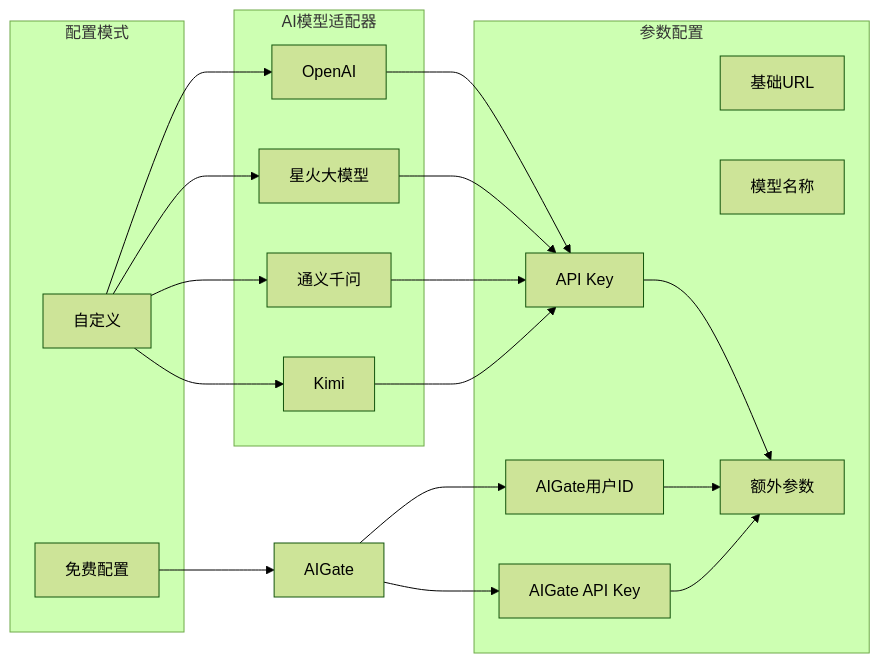
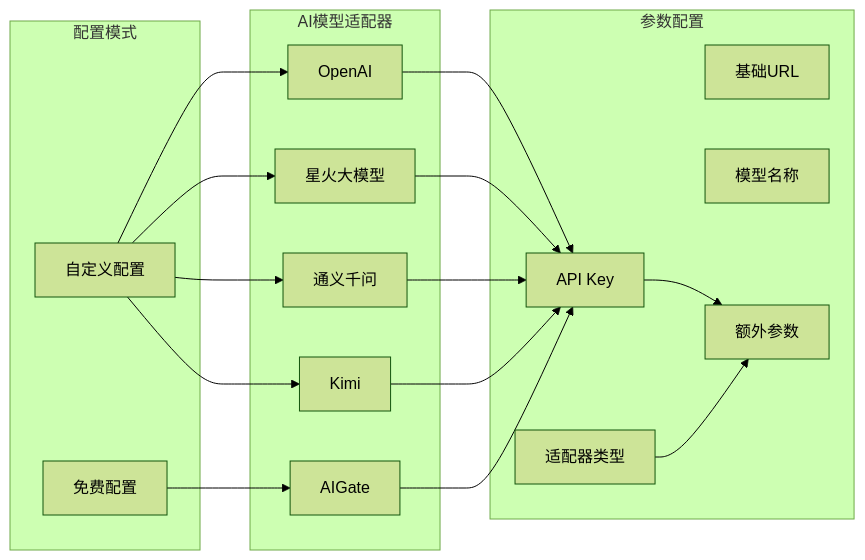
One commit to RadiumAg/bilibili-favorites changed diagram 11 of 13 in .qoder/repowiki/zh/content/核心功能模块/AI关键词提取系统.md. Above: the diagram before and after it, drawn with Mermaid (forest theme). The commit also changed other lines of this file and 21 other files, not shown here.

````diff
--- a/.qoder/repowiki/zh/content/核心功能模块/AI关键词提取系统.md
+++ b/.qoder/repowiki/zh/content/核心功能模块/AI关键词提取系统.md
@@ -373,36 +506,33 @@
 ```mermaid
 graph LR
 subgraph "配置模式"
 Custom[自定义配置]
 Free[免费配置]
 end
 subgraph "AI模型适配器"
 OpenAI[OpenAI]
 Spark[星火大模型]
 Qwen[通义千问]
 Kimi[Kimi]
-Custom[自定义]
+AIGate[AIGate]
 end
 subgraph "参数配置"
 APIKey[API Key]
 BaseURL[基础URL]
 Model[模型名称]
 ExtraParams[额外参数]
-AIGateUserId[AIGate用户ID]
-AIGateApiKey[AIGate API Key]
+Adapter[适配器类型]
 end
 Custom --> OpenAI
 Custom --> Spark
 Custom --> Qwen
 Custom --> Kimi
 Free --> AIGate
 OpenAI --> APIKey
 Spark --> APIKey
 Qwen --> APIKey
 Kimi --> APIKey
-AIGate --> AIGateUserId
-AIGate --> AIGateApiKey
+AIGate --> APIKey
 APIKey --> ExtraParams
-AIGateUserId --> ExtraParams
-AIGateApiKey --> ExtraParams
+Adapter --> ExtraParams
 ```
````
